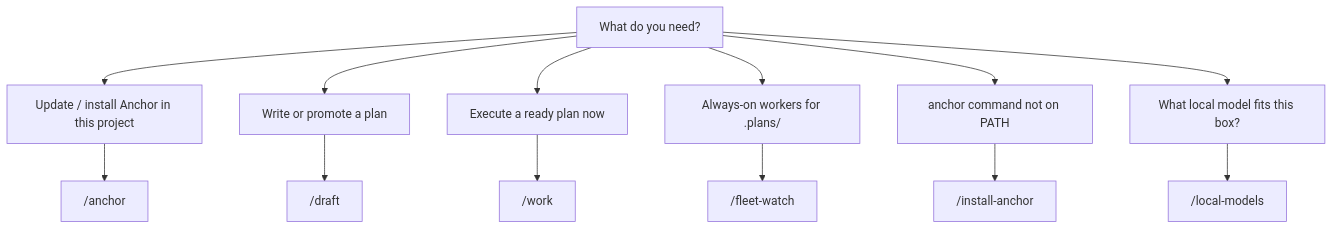
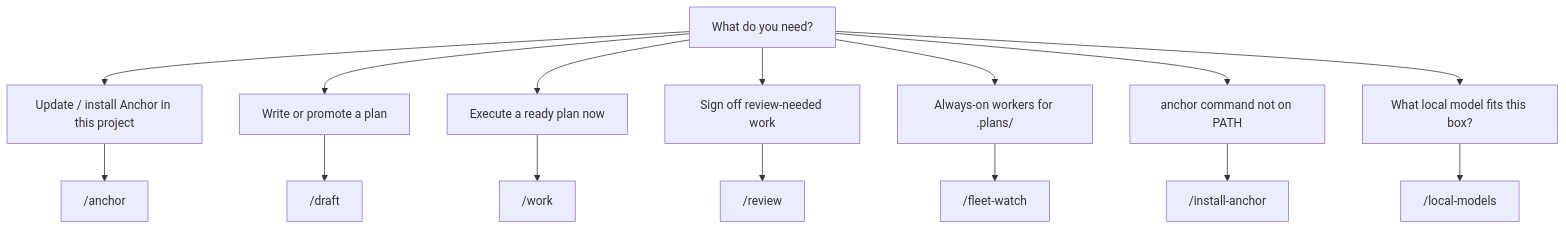
The diagram in docs/docs/skills/overview.md (carefreeinv/anchor), drawn with Mermaid before and after one commit. The commit also changed other lines of this file and 12 other files, not shown here.

First line of the commit message:
Add /review skill for human sign-off of review-needed plans

````diff
--- a/docs/docs/skills/overview.md
+++ b/docs/docs/skills/overview.md
@@ -25,16 +26,18 @@
 ```mermaid
 flowchart TD
   q["What do you need?"]
   q --> a["Update / install Anchor in this project"]
   q --> p["Write or promote a plan"]
   q --> e["Execute a ready plan now"]
+  q --> r["Sign off review-needed work"]
   q --> b["Always-on workers for .plans/"]
   q --> c["anchor command not on PATH"]
   q --> l["What local model fits this box?"]
   a --> sa["/anchor"]
   p --> sd["/draft"]
   e --> sw["/work"]
+  r --> sr["/review"]
   b --> sf["/fleet-watch"]
   c --> si["/install-anchor"]
   l --> sl["/local-models"]
 ```
````
